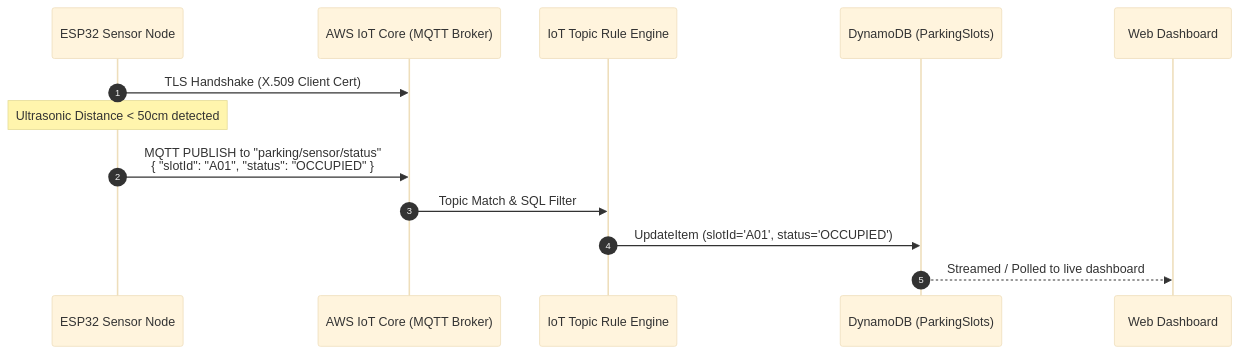
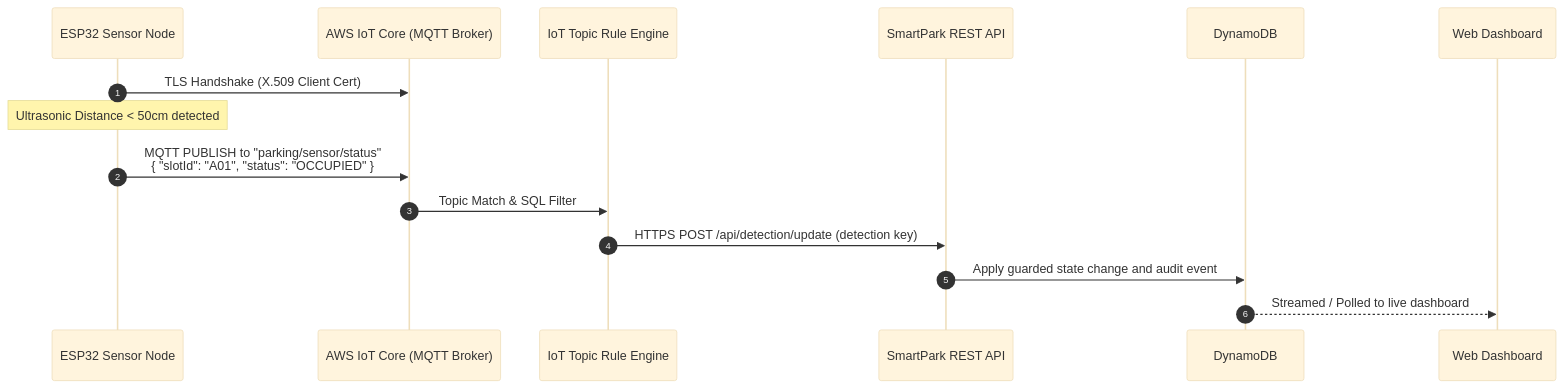
Before and after one commit to Pranavr06/cloud-smart-parking-system: the diagram in aws/iot-core-setup.md, drawn with Mermaid (base theme). The commit also changed other lines of this file and 50 other files, not shown here.

Commit message:
feat: complete SmartPark app and deployment documentation

````diff
--- a/aws/iot-core-setup.md
+++ b/aws/iot-core-setup.md
@@ -12,16 +12,18 @@
 ```mermaid
 sequenceDiagram
     autonumber
     participant ESP32 as ESP32 Sensor Node
     participant IoTCore as AWS IoT Core (MQTT Broker)
     participant IoTRule as IoT Topic Rule Engine
-    participant DynamoDB as DynamoDB (ParkingSlots)
+    participant API as SmartPark REST API
+    participant DynamoDB as DynamoDB
     participant Dashboard as Web Dashboard
 
     ESP32->>IoTCore: TLS Handshake (X.509 Client Cert)
     Note over ESP32: Ultrasonic Distance < 50cm detected
     ESP32->>IoTCore: MQTT PUBLISH to "parking/sensor/status"<br/>{ "slotId": "A01", "status": "OCCUPIED" }
     IoTCore->>IoTRule: Topic Match & SQL Filter
-    IoTRule->>DynamoDB: UpdateItem (slotId='A01', status='OCCUPIED')
+    IoTRule->>API: HTTPS POST /api/detection/update (detection key)
+    API->>DynamoDB: Apply guarded state change and audit event
     DynamoDB-->>Dashboard: Streamed / Polled to live dashboard
 ```
````
